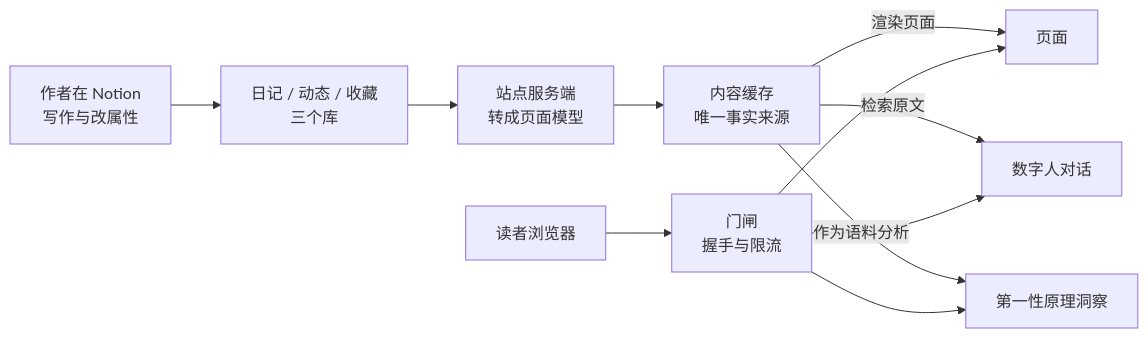
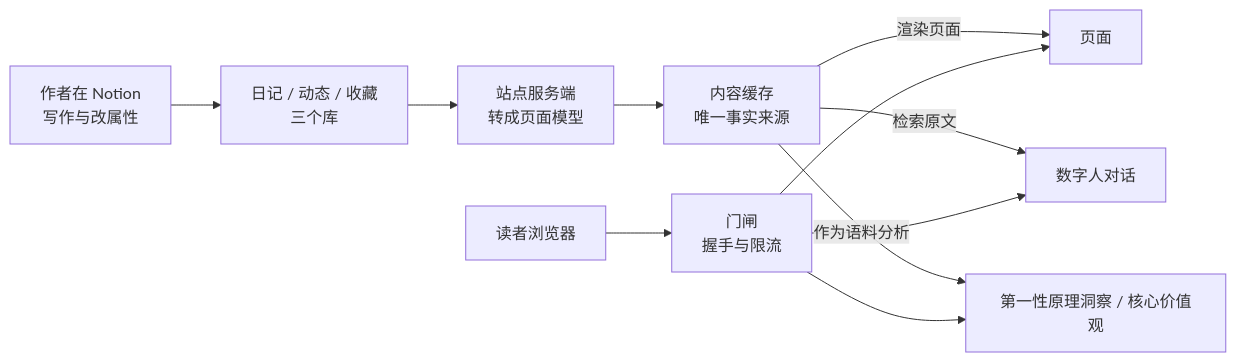
The diagram in README.md (DailyRhapsody/DailyRhapsody), drawn with Mermaid before and after one commit. The commit also changed other lines of this file and 5 other files, not shown here.

````diff
--- a/README.md
+++ b/README.md
@@ -48,13 +48,13 @@
 ```mermaid
 flowchart LR
   A["作者在 Notion<br/>写作与改属性"] --> B["日记 / 动态 / 收藏<br/>三个库"]
   B --> C["站点服务端<br/>转成页面模型"]
   C --> D["内容缓存<br/>唯一事实来源"]
   D -->|渲染页面| E["页面"]
   D -->|检索原文| F["数字人对话"]
-  D -->|作为语料分析| G["第一性原理洞察"]
+  D -->|作为语料分析| G["第一性原理洞察 / 核心价值观"]
   W["读者浏览器"] --> M["门闸<br/>握手与限流"]
   M --> E
   M --> F
   M --> G
 ```
````
